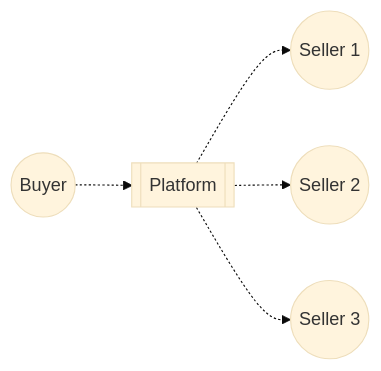
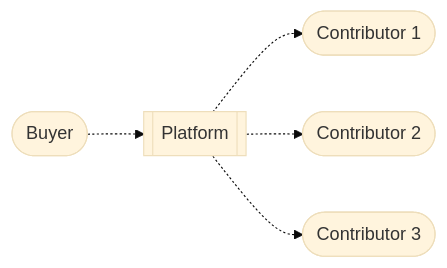
The first of 3 diagrams in Inbox/2024-08-13 1637 using stripe to process payments.md (dreamcatcher-tech/network), drawn with Mermaid (base theme) before and after one commit. The commit also changed other lines of this file and 1 other file, not shown here.

````diff
--- a/Inbox/2024-08-13 1637 using stripe to process payments.md
+++ b/Inbox/2024-08-13 1637 using stripe to process payments.md
@@ -153,8 +194,8 @@
 ```mermaid
 flowchart LR
-    Buyer((Buyer)) -.-> Platform[[Platform]]
-    Platform -.-> Seller1((Seller 1))
-    Platform -.-> Seller2((Seller 2))
-    Platform -.-> Seller3((Seller 3))
+    Buyer([Buyer]) -.-> Platform[[Platform]]
+    Platform -.-> Seller1([Contributor 1])
+    Platform -.-> Seller2([Contributor 2])
+    Platform -.-> Seller3([Contributor 3])
 
 ```
````
